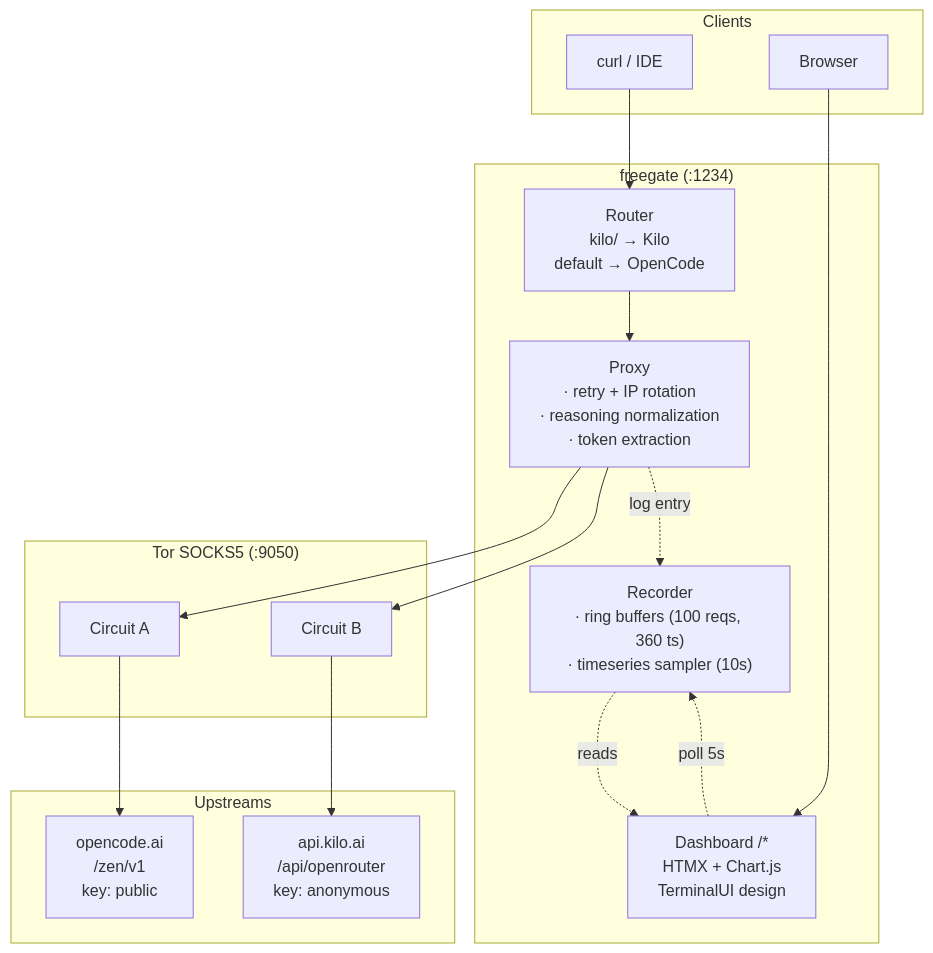
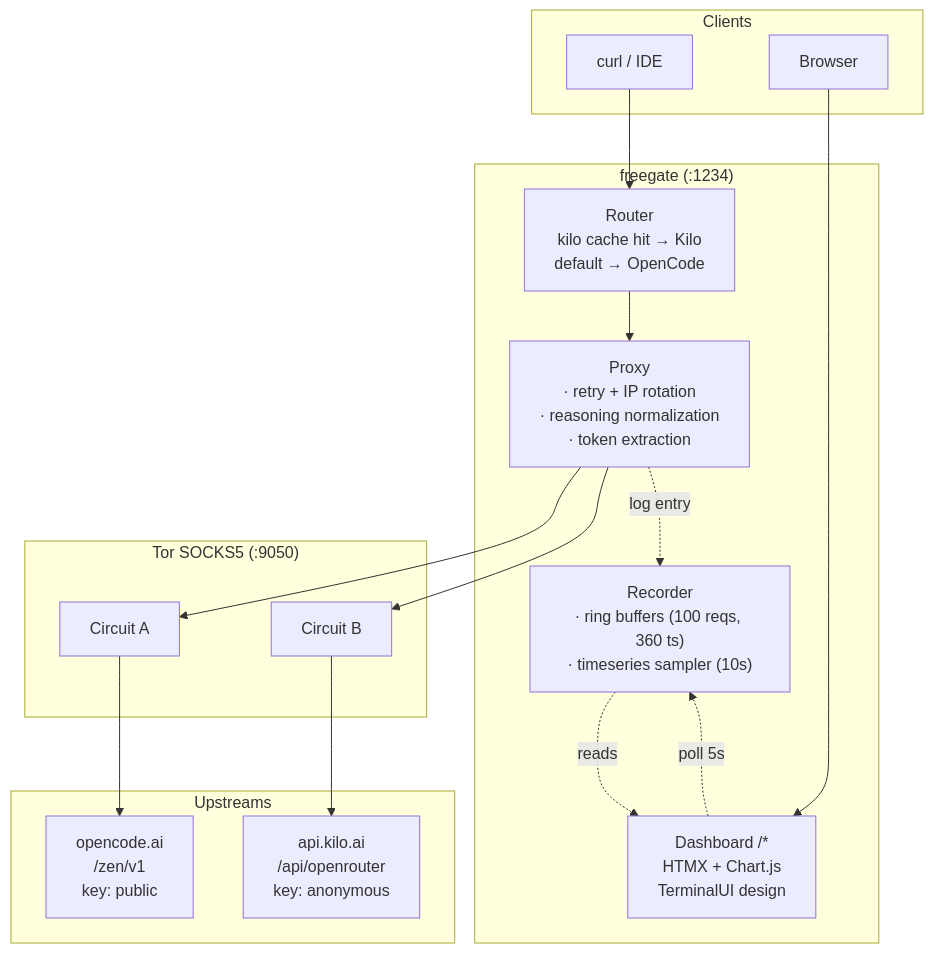
The diagram in README.md (nofendian17/freegate), drawn with Mermaid before and after one commit. The commit also changed other lines of this file and 8 other files, not shown here.

````diff
--- a/README.md
+++ b/README.md
@@ -166,35 +162,35 @@
 ```mermaid
 flowchart TB
     subgraph Clients["Clients"]
         CLI["curl / IDE"]
         Browser["Browser"]
     end
 
     subgraph Freegate["freegate (:1234)"]
-        Router["Router<br/>kilo/ → Kilo<br/>default → OpenCode"]
+        Router["Router<br/>kilo cache hit → Kilo<br/>default → OpenCode"]
         Proxy["Proxy<br/>· retry + IP rotation<br/>· reasoning normalization<br/>· token extraction"]
         Dashboard["Dashboard /*<br/>HTMX + Chart.js<br/>TerminalUI design"]
         Recorder["Recorder<br/>· ring buffers (100 reqs, 360 ts)<br/>· timeseries sampler (10s)"]
     end
 
     subgraph Tor["Tor SOCKS5 (:9050)"]
         Tor1["Circuit A"]
         Tor2["Circuit B"]
     end
 
     subgraph Upstreams["Upstreams"]
         OC["opencode.ai<br/>/zen/v1<br/>key: public"]
         Kilo["api.kilo.ai<br/>/api/openrouter<br/>key: anonymous"]
     end
 
     CLI --> Router
     Router --> Proxy
     Proxy --> Tor1
     Proxy --> Tor2
     Tor1 --> OC
     Tor2 --> Kilo
     Proxy -.->|"log entry"| Recorder
     Recorder -.->|"reads"| Dashboard
     Browser --> Dashboard
     Dashboard -.->|"poll 5s"| Recorder
 ```
````
